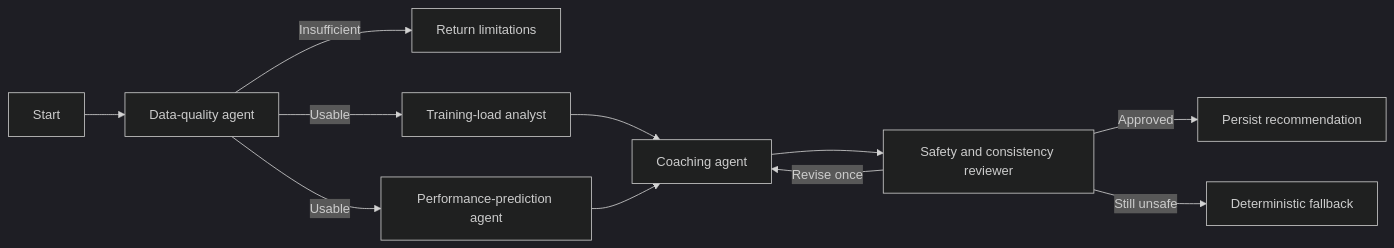
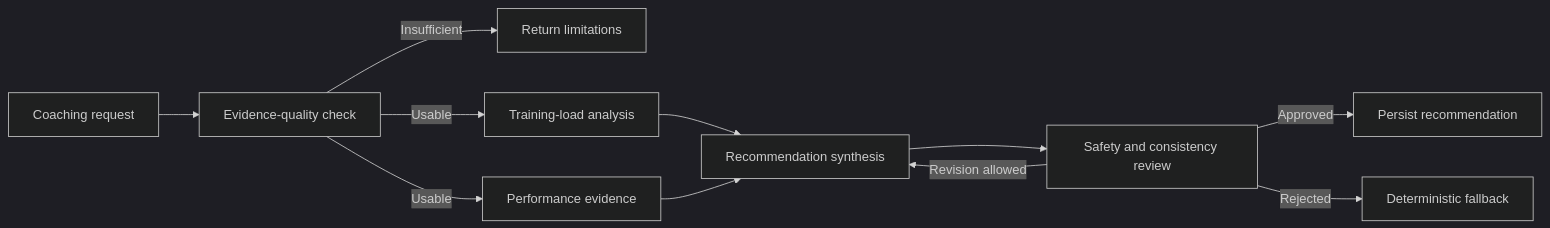
The seventh of 9 diagrams in docs/architecture.md (saadBr/runcoach-ai), drawn with Mermaid (dark theme) before and after one commit. The commit also changed other lines of this file, not shown here.

Commit message:
docs: align architecture with implemented platform

````diff
--- a/docs/architecture.md
+++ b/docs/architecture.md
@@ -250,13 +415,13 @@
 ```mermaid
 flowchart LR
-    Start["Start"] --> Quality["Data-quality agent"]
-    Quality -->|"Insufficient"| Stop["Return limitations"]
-    Quality -->|"Usable"| Load["Training-load analyst"]
-    Quality -->|"Usable"| Prediction["Performance-prediction agent"]
-    Load --> Coach["Coaching agent"]
-    Prediction --> Coach
-    Coach --> Review["Safety and consistency reviewer"]
+    Start["Coaching request"] --> Quality["Evidence-quality check"]
+    Quality -->|"Insufficient"| Limits["Return limitations"]
+    Quality -->|"Usable"| Load["Training-load analysis"]
+    Quality -->|"Usable"| Performance["Performance evidence"]
+    Load --> Coach["Recommendation synthesis"]
+    Performance --> Coach
+    Coach --> Review["Safety and consistency review"]
     Review -->|"Approved"| Persist["Persist recommendation"]
-    Review -->|"Revise once"| Coach
-    Review -->|"Still unsafe"| Fallback["Deterministic fallback"]
+    Review -->|"Revision allowed"| Coach
+    Review -->|"Rejected"| Fallback["Deterministic fallback"]
 ```
````
